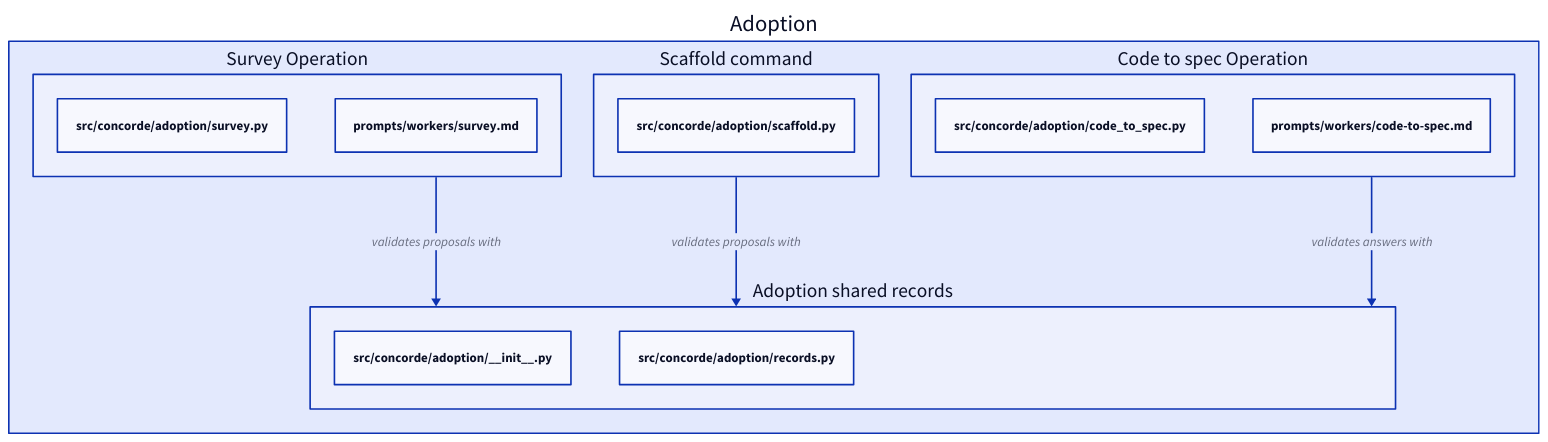
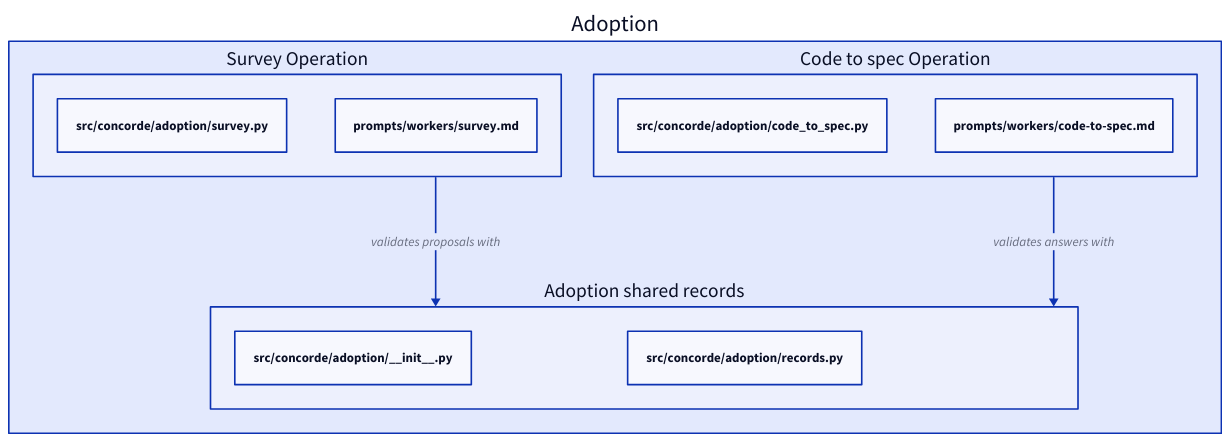
One commit to FTOD/concorde changed the second of 2 diagrams in specs/concorde/execution/operations/adoption/module.md. Above: the diagram before and after it, drawn with D2. The commit also changed other lines of this file and 107 other files, not shown here.

````diff
--- a/specs/concorde/execution/operations/adoption/module.md
+++ b/specs/concorde/execution/operations/adoption/module.md
@@ -223,22 +188,18 @@
 ```d2
 adoption: Adoption {
   survey: Survey Operation {
     "src/concorde/adoption/survey.py"
     "prompts/workers/survey.md"
-  }
-  scaffold: Scaffold command {
-    "src/concorde/adoption/scaffold.py"
   }
   codetospec: Code to spec Operation {
     "src/concorde/adoption/code_to_spec.py"
     "prompts/workers/code-to-spec.md"
   }
   shared: Adoption shared records {
     "src/concorde/adoption/__init__.py"
     "src/concorde/adoption/records.py"
   }
   survey -> shared: validates proposals with
-  scaffold -> shared: validates proposals with
   codetospec -> shared: validates answers with
 }
 ```
````
